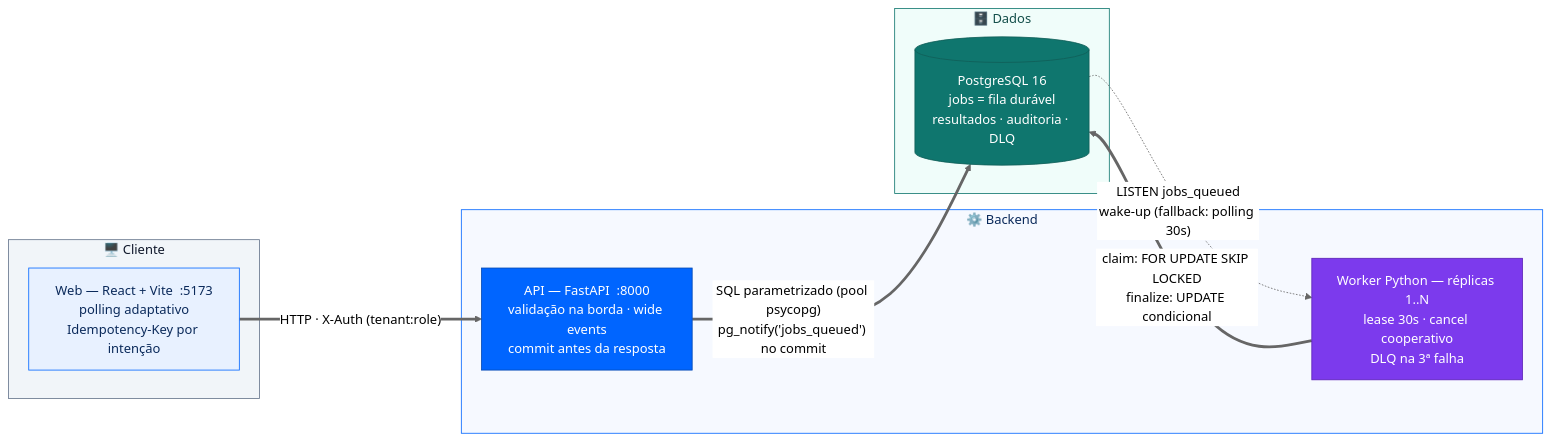
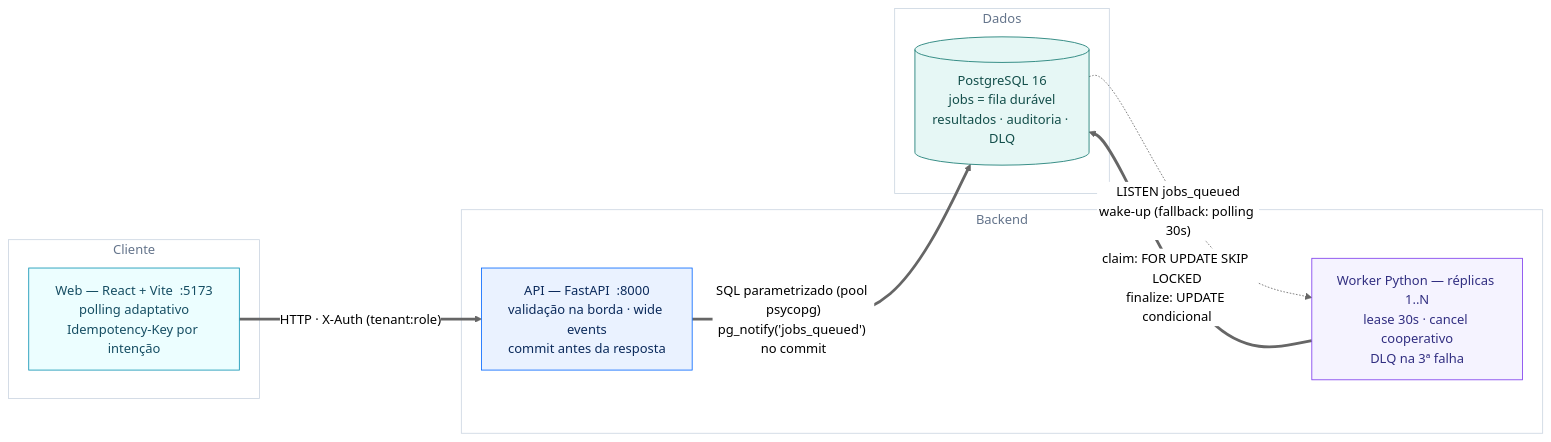
The first of 4 diagrams in docs/README.md (vinnedev/case-fullstack-senior), drawn with Mermaid (neutral theme) before and after one commit. The commit also changed other lines of this file and 6 other files, not shown here.

Commit message:
refactor(docs): update diagrams and improve readability in documentation

````diff
--- a/docs/README.md
+++ b/docs/README.md
@@ -22,26 +22,26 @@
 ```mermaid
 flowchart LR
-    subgraph Cliente["🖥️ Cliente"]
+    subgraph Cliente["Cliente"]
         W["Web — React + Vite&nbsp;&nbsp;:5173\npolling adaptativo\nIdempotency-Key por intenção"]:::web
     end
-    subgraph Backend["⚙️ Backend"]
+    subgraph Backend["Backend"]
         A["API — FastAPI&nbsp;&nbsp;:8000\nvalidação na borda · wide events\ncommit antes da resposta"]:::api
         K["Worker Python — réplicas 1..N\nlease 30s · cancel cooperativo\nDLQ na 3ª falha"]:::worker
     end
-    subgraph Dados["🗄️ Dados"]
+    subgraph Dados["Dados"]
         P[("PostgreSQL 16\njobs = fila durável\nresultados · auditoria · DLQ")]:::db
     end
 
     W ==>|"HTTP · X-Auth (tenant:role)"| A
     A ==>|"SQL parametrizado (pool psycopg)\npg_notify('jobs_queued') no commit"| P
     P -. "LISTEN jobs_queued\nwake-up (fallback: polling 30s)" .-> K
     K ==>|"claim: FOR UPDATE SKIP LOCKED\nfinalize: UPDATE condicional"| P
 
-    classDef web fill:#E8F1FF,stroke:#0065FF,color:#0B2A5B
-    classDef api fill:#0065FF,stroke:#0047B3,color:#FFFFFF
-    classDef worker fill:#7C3AED,stroke:#5B21B6,color:#FFFFFF
-    classDef db fill:#0F766E,stroke:#115E59,color:#FFFFFF
-    style Cliente fill:#F1F5F9,stroke:#64748B,color:#0F172A
-    style Backend fill:#F6F9FF,stroke:#0065FF,color:#0B2A5B
-    style Dados fill:#F0FDFA,stroke:#0F766E,color:#134E4A
+    classDef web fill:#ECFEFF,stroke:#0891B2,color:#164E63
+    classDef api fill:#EAF2FF,stroke:#0065FF,color:#0B2A5B
+    classDef worker fill:#F5F3FF,stroke:#7C3AED,color:#312E81
+    classDef db fill:#E6F7F5,stroke:#0F766E,color:#134E4A
+    style Cliente fill:transparent,stroke:#CBD5E1,color:#64748B
+    style Backend fill:transparent,stroke:#CBD5E1,color:#64748B
+    style Dados fill:transparent,stroke:#CBD5E1,color:#64748B
 ```
````
